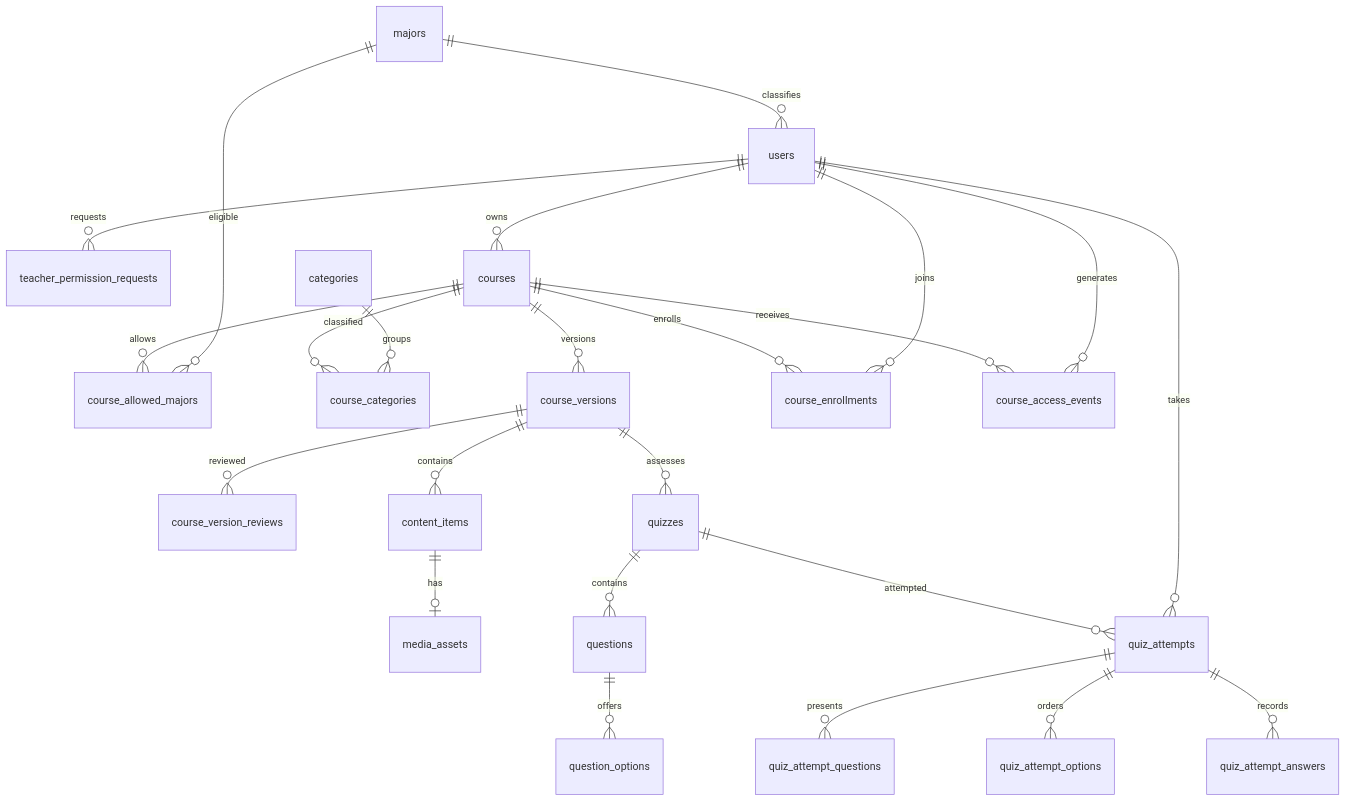
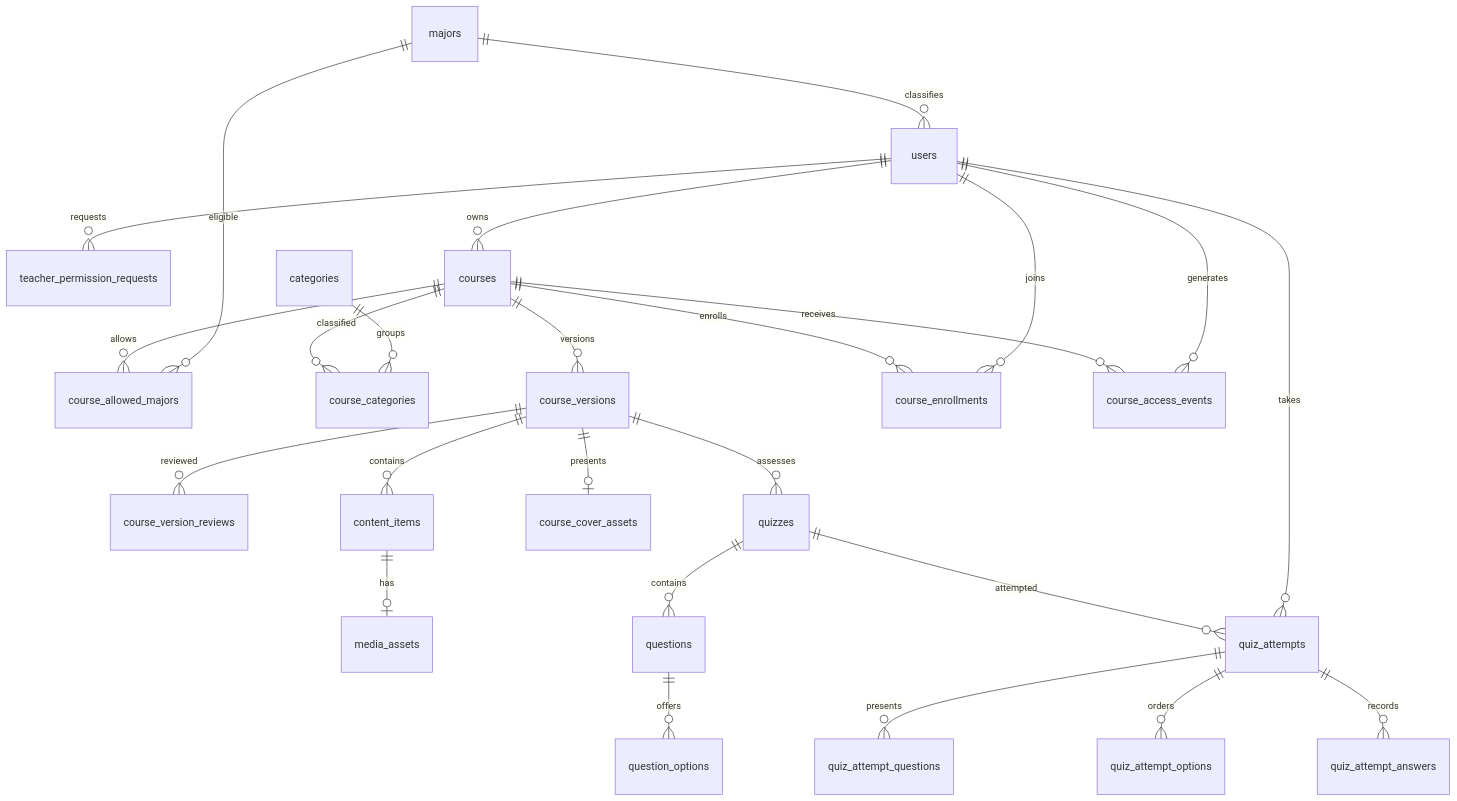
The diagram in docs/Institute Xschema Aug 25 2026.md (Mosuzzzz/Institute_X), drawn with Mermaid before and after one commit. The commit also changed other lines of this file and 27 other files, not shown here.

First line of the commit message:
feat: add course cover asset management

````diff
--- a/docs/Institute Xschema Aug 25 2026.md
+++ b/docs/Institute Xschema Aug 25 2026.md
@@ -298,26 +313,27 @@
 ```mermaid
 erDiagram
     majors ||--o{ users : classifies
     users ||--o{ teacher_permission_requests : requests
     users ||--o{ courses : owns
     courses ||--o{ course_allowed_majors : allows
     majors ||--o{ course_allowed_majors : eligible
     courses ||--o{ course_categories : classified
     categories ||--o{ course_categories : groups
     courses ||--o{ course_versions : versions
     course_versions ||--o{ course_version_reviews : reviewed
     course_versions ||--o{ content_items : contains
     content_items ||--o| media_assets : has
+    course_versions ||--o| course_cover_assets : presents
     course_versions ||--o{ quizzes : assesses
     quizzes ||--o{ questions : contains
     questions ||--o{ question_options : offers
     courses ||--o{ course_enrollments : enrolls
     users ||--o{ course_enrollments : joins
     quizzes ||--o{ quiz_attempts : attempted
     users ||--o{ quiz_attempts : takes
     quiz_attempts ||--o{ quiz_attempt_questions : presents
     quiz_attempts ||--o{ quiz_attempt_options : orders
     quiz_attempts ||--o{ quiz_attempt_answers : records
     courses ||--o{ course_access_events : receives
     users ||--o{ course_access_events : generates
 ```
````
